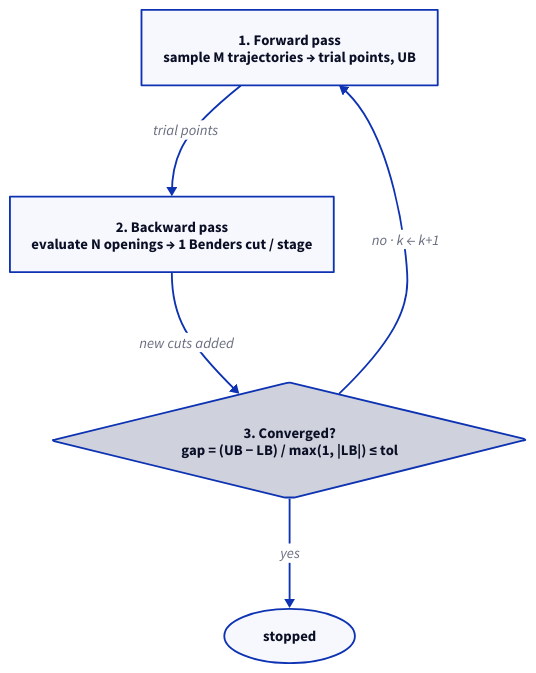
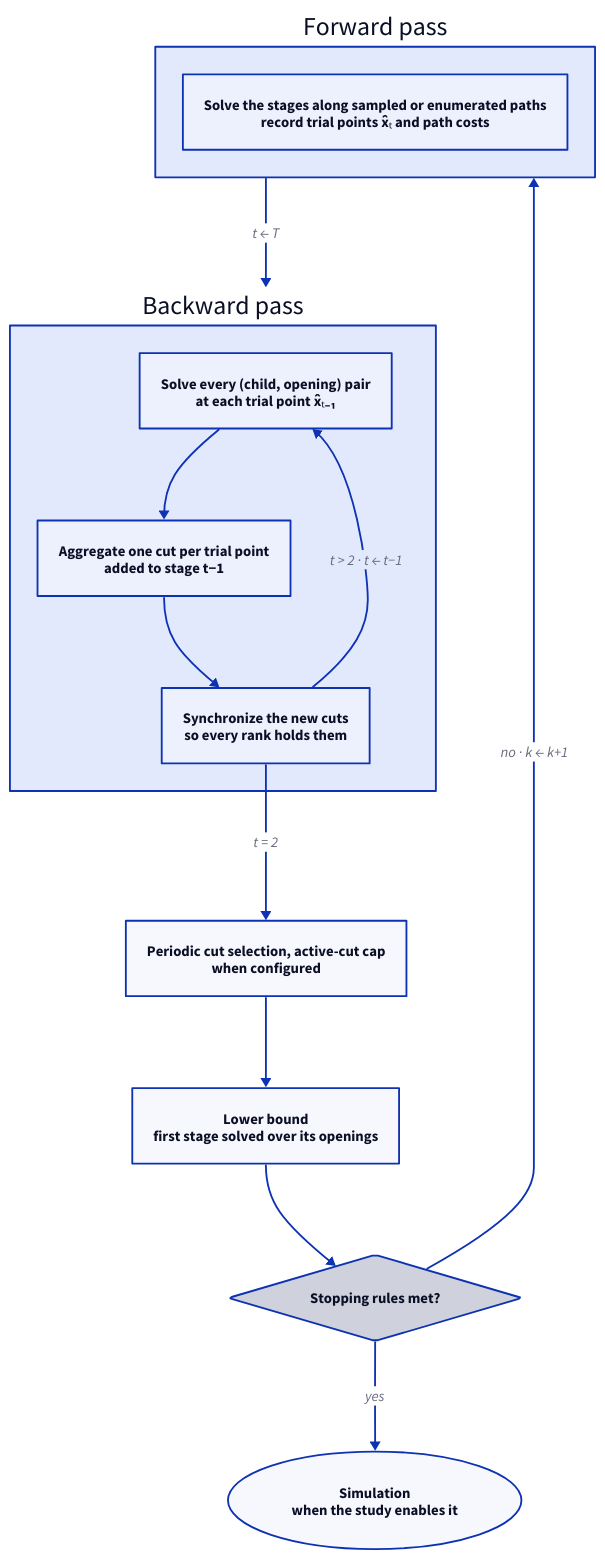
One commit to ons-ccee-epe/novomodelo-mcp changed the first of 2 diagrams in src/cobre_mcp/_bundled/docs/math/sddp-algorithm.mdx. Above: the diagram before and after it, drawn with D2. The commit also changed other lines of this file and 123 other files, not shown here.

````diff
--- a/src/cobre_mcp/_bundled/docs/math/sddp-algorithm.mdx
+++ b/src/cobre_mcp/_bundled/docs/math/sddp-algorithm.mdx
@@ -55,13 +51,27 @@
 ```d2
 direction: down
 
-fwd: "1. Forward pass\nsample M trajectories → trial points, UB" {shape: rectangle}
-bwd: "2. Backward pass\nevaluate N openings → 1 Benders cut / stage" {shape: rectangle}
-conv: "3. Converged?\ngap = (UB − LB) / max(1, |LB|) ≤ tol" {shape: diamond}
-done: stopped {shape: oval}
+fwd: "Forward pass" {
+  paths: "Solve the stages along sampled or enumerated paths\nrecord trial points x̂ₜ and path costs"
+}
 
-fwd -> bwd: trial points
-bwd -> conv: new cuts added
-conv -> fwd: no · k ← k+1
-conv -> done: yes
+bwd: "Backward pass" {
+  solve: "Solve every (child, opening) pair\nat each trial point x̂ₜ₋₁"
+  agg: "Aggregate one cut per trial point\nadded to stage t−1"
+  sync: "Synchronize the new cuts\nso every rank holds them"
+  solve -> agg -> sync
+  sync -> solve: "t > 2 · t ← t−1"
+}
+
+sel: "Periodic cut selection, active-cut cap\nwhen configured"
+lb: "Lower bound\nfirst stage solved over its openings"
+stop: "Stopping rules met?" {shape: diamond}
+sim: "Simulation\nwhen the study enables it" {shape: oval}
+
+fwd -> bwd: "t ← T"
+bwd.sync -> sel: "t = 2"
+sel -> lb
+lb -> stop
+stop -> fwd: "no · k ← k+1"
+stop -> sim: "yes"
 ```
````
